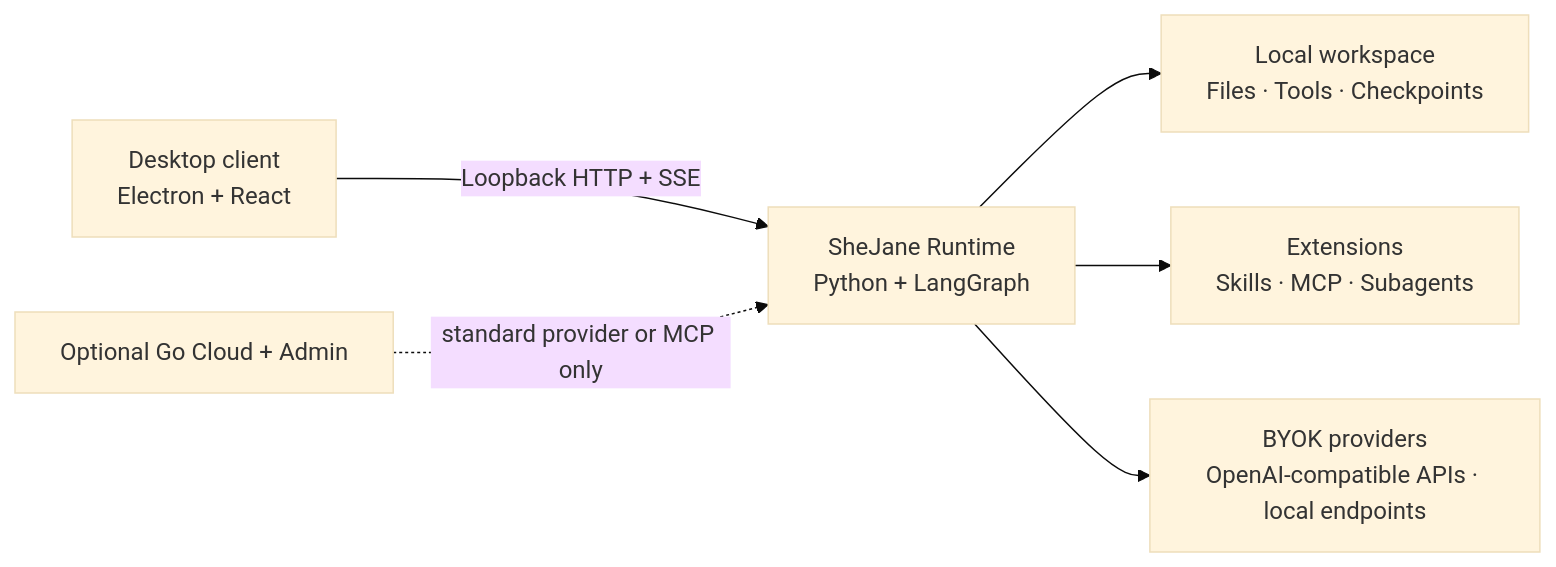
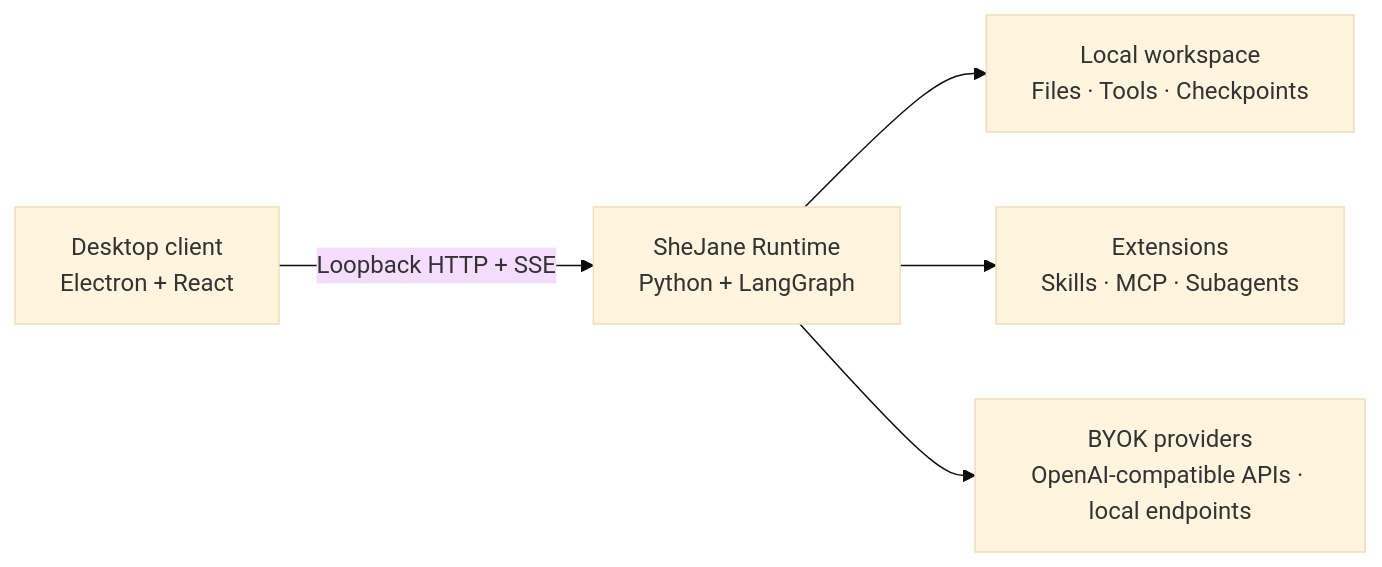
The diagram in README.md (jimmyrogue/SheJane), drawn with Mermaid (base theme) before and after one commit. The commit also changed other lines of this file and 13 other files, not shown here.

Commit message:
docs(architecture): make standalone harness canonical

````diff
--- a/README.md
+++ b/README.md
@@ -29,8 +29,7 @@
 ```mermaid
 flowchart LR
     D["Desktop client<br/>Electron + React"] -->|"Loopback HTTP + SSE"| R["SheJane Runtime<br/>Python + LangGraph"]
     R --> W["Local workspace<br/>Files · Tools · Checkpoints"]
     R --> E["Extensions<br/>Skills · MCP · Subagents"]
     R --> B["BYOK providers<br/>OpenAI-compatible APIs · local endpoints"]
-    C["Optional Go Cloud + Admin"] -. "standard provider or MCP only" .-> R
 ```
````
